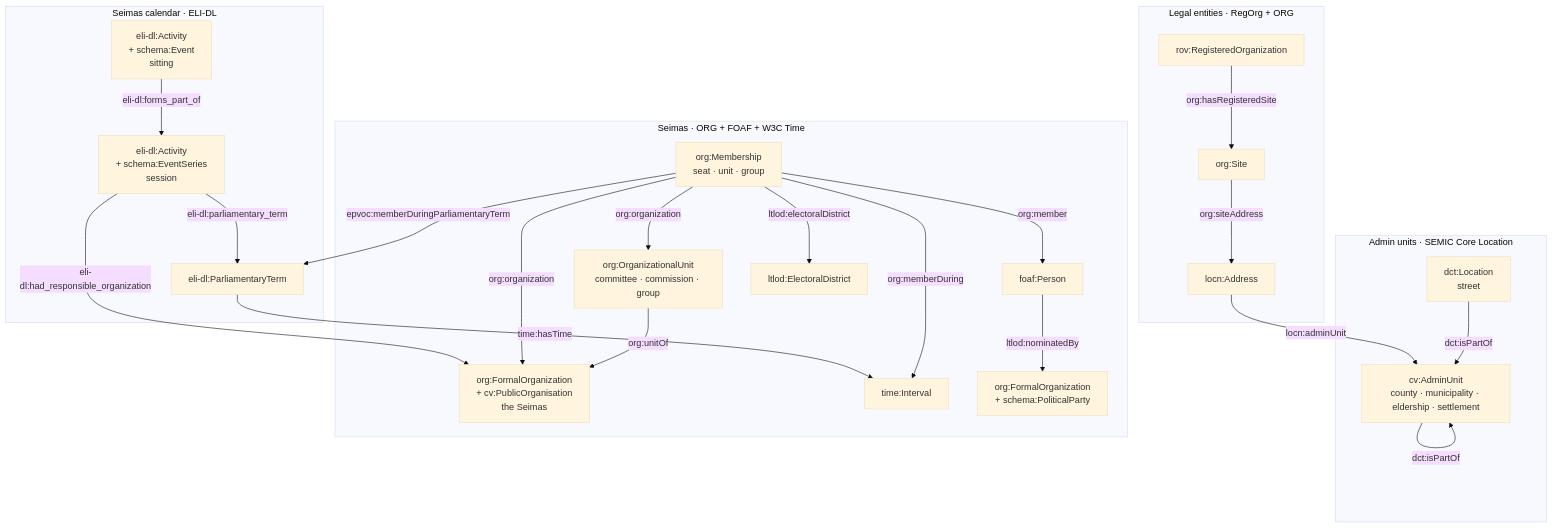
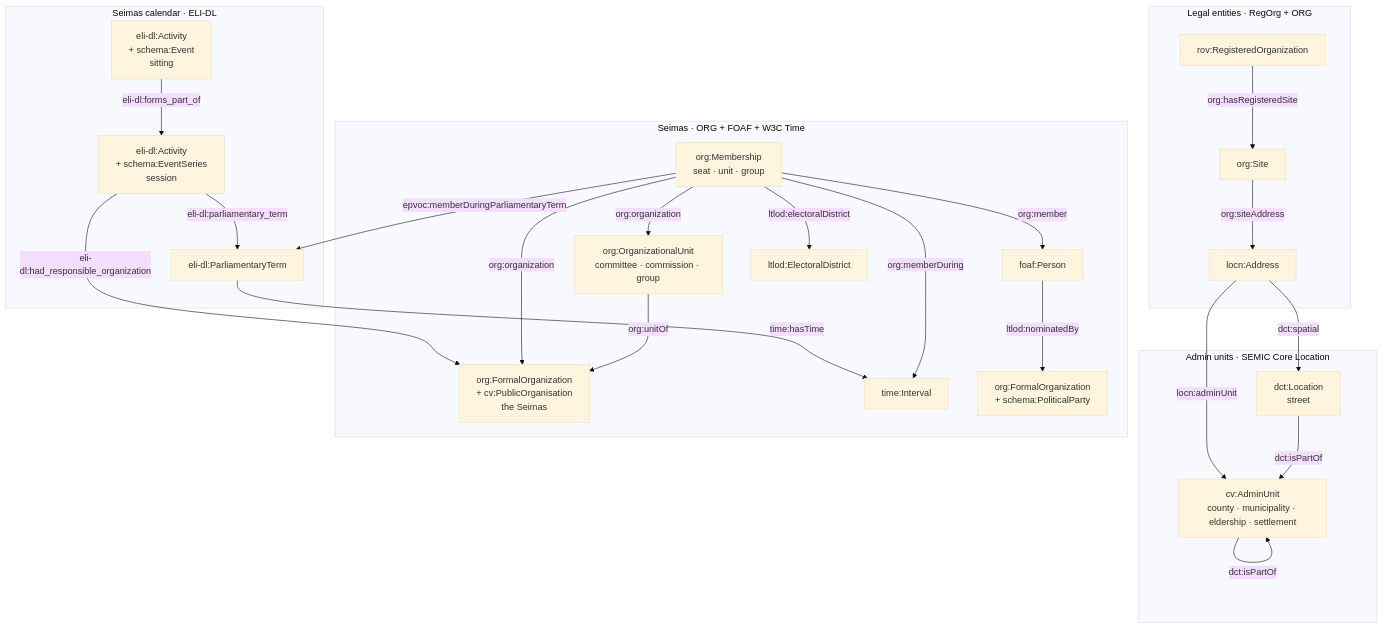
One commit to AtomGraph/LTLOD changed the diagram in etl/ONTOLOGY-NOTES.md. Above: the diagram before and after it, drawn with Mermaid (base theme). The commit also changed other lines of this file and 19 other files, not shown here.

````diff
--- a/etl/ONTOLOGY-NOTES.md
+++ b/etl/ONTOLOGY-NOTES.md
@@ -13,50 +13,51 @@
 ```mermaid
 flowchart TB
     subgraph geo["Admin units · SEMIC Core Location"]
         AU["cv:AdminUnit<br/>county · municipality · eldership · settlement"]
         ST["dct:Location<br/>street"]
     end
 
     subgraph le["Legal entities · RegOrg + ORG"]
         RO["rov:RegisteredOrganization"]
         SITE["org:Site"]
         ADDR["locn:Address"]
     end
 
     subgraph seimas["Seimas · ORG + FOAF + W3C Time"]
         LRS["org:FormalOrganization<br/>+ cv:PublicOrganisation<br/>the Seimas"]
         OU["org:OrganizationalUnit<br/>committee · commission · group"]
         P["foaf:Person"]
         M["org:Membership<br/>seat · unit · group"]
         I["time:Interval"]
         PARTY["org:FormalOrganization<br/>+ schema:PoliticalParty"]
         ED["ltlod:ElectoralDistrict"]
     end
 
     subgraph cal["Seimas calendar · ELI-DL"]
         T["eli-dl:ParliamentaryTerm"]
         SES["eli-dl:Activity<br/>+ schema:EventSeries<br/>session"]
         SIT["eli-dl:Activity<br/>+ schema:Event<br/>sitting"]
     end
 
     AU -- "dct:isPartOf" --> AU
     ST -- "dct:isPartOf" --> AU
 
     RO -- "org:hasRegisteredSite" --> SITE
     SITE -- "org:siteAddress" --> ADDR
     ADDR -- "locn:adminUnit" --> AU
+    ADDR -- "dct:spatial" --> ST
 
     OU -- "org:unitOf" --> LRS
     M -- "org:member" --> P
     M -- "org:organization" --> LRS
     M -- "org:organization" --> OU
     M -- "org:memberDuring" --> I
     M -- "ltlod:electoralDistrict" --> ED
     M -- "epvoc:memberDuringParliamentaryTerm" --> T
     P -- "ltlod:nominatedBy" --> PARTY
 
     SIT -- "eli-dl:forms_part_of" --> SES
     SES -- "eli-dl:parliamentary_term" --> T
     SES -- "eli-dl:had_responsible_organization" --> LRS
     T -- "time:hasTime" --> I
 ```
````
